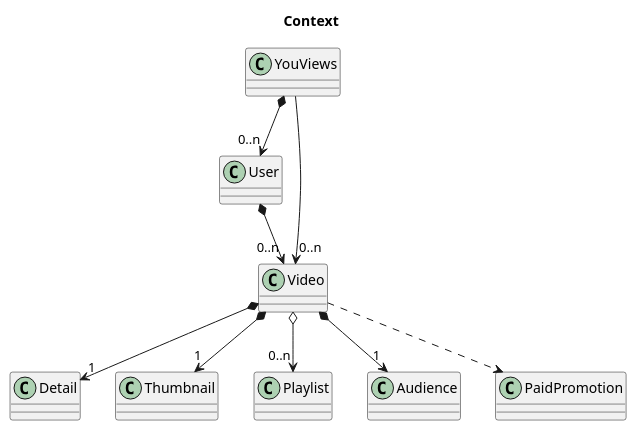
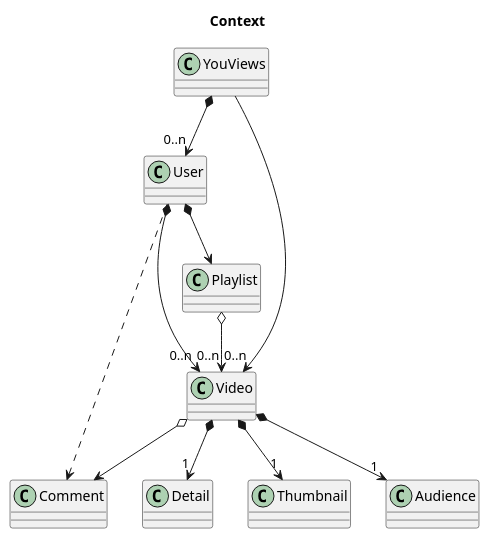
One commit to franpaulinoinfante/MasterSoftwareDevelopment changed the diagram in src/YouViews/YouViewsContext.plantuml. Above: the diagram before and after it, drawn with PlantUML. The commit also changed 13 other files, not shown here.

```diff
--- a/src/YouViews/YouViewsContext.plantuml
+++ b/src/YouViews/YouViewsContext.plantuml
@@ -1,14 +1,16 @@
 @startuml YouViewContext
 title Context
 
 YouViews *--> "0..n" User
 YouViews --> "0..n" Video
 User *--> "0..n" Video
+User ..> Comment
+User *--> Playlist
 Video *--> "1" Detail
 Video *--> "1" Thumbnail
-Video o--> "0..n" Playlist
 Video *--> "1" Audience
-Video ..> PaidPromotion
+Video o--> Comment
 
+Playlist o--> "0..n" Video
 
 @enduml
```
